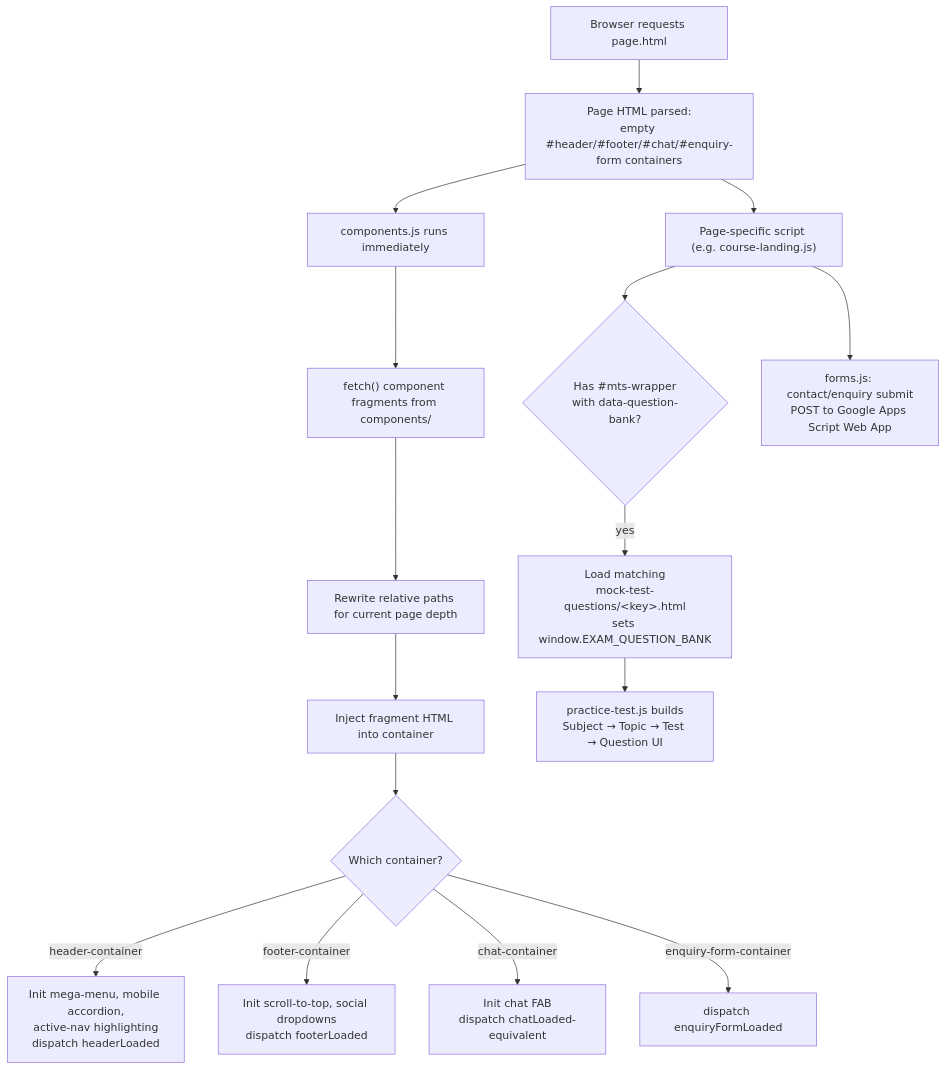
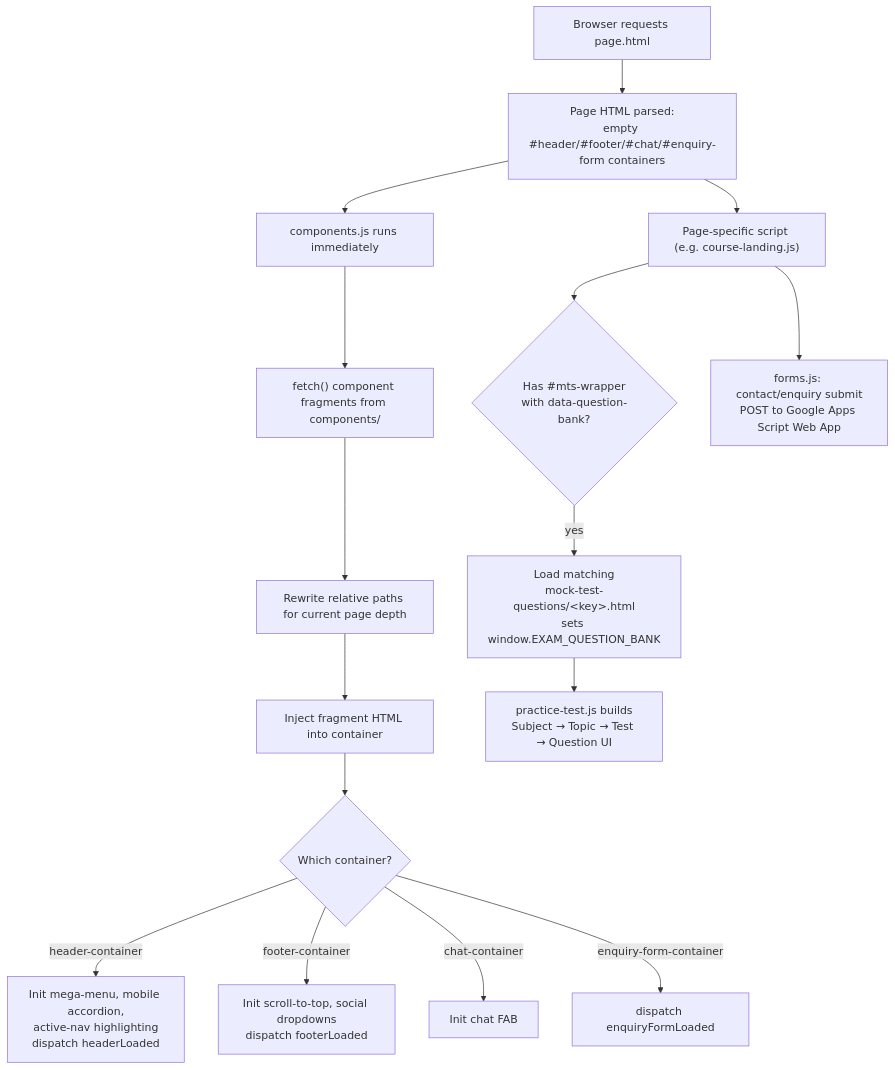
One commit to Eduooz-academy/Eduooz-website changed the first of 2 diagrams in README.md. Above: the diagram before and after it, drawn with Mermaid. The commit also changed other lines of this file and 1 other file, not shown here.

````diff
--- a/README.md
+++ b/README.md
@@ -236,18 +469,18 @@
 ```mermaid
 flowchart TD
     A["Browser requests page.html"] --> B["Page HTML parsed:<br/>empty #header/#footer/#chat/#enquiry-form containers"]
     B --> C["components.js runs immediately"]
     C --> D["fetch() component fragments from components/"]
     D --> E["Rewrite relative paths for current page depth"]
     E --> F["Inject fragment HTML into container"]
     F --> G{"Which container?"}
     G -->|header-container| H["Init mega-menu, mobile accordion,<br/>active-nav highlighting<br/>dispatch headerLoaded"]
     G -->|footer-container| I["Init scroll-to-top, social dropdowns<br/>dispatch footerLoaded"]
-    G -->|chat-container| J["Init chat FAB<br/>dispatch chatLoaded-equivalent"]
+    G -->|chat-container| J["Init chat FAB"]
     G -->|enquiry-form-container| K["dispatch enquiryFormLoaded"]
     B --> L["Page-specific script (e.g. course-landing.js)"]
     L --> M{"Has #mts-wrapper<br/>with data-question-bank?"}
     M -->|yes| N["Load matching<br/>mock-test-questions/&lt;key&gt;.html<br/>sets window.EXAM_QUESTION_BANK"]
     N --> O["practice-test.js builds<br/>Subject → Topic → Test → Question UI"]
     L --> P["forms.js: contact/enquiry submit<br/>POST to Google Apps Script Web App"]
 ```
````
